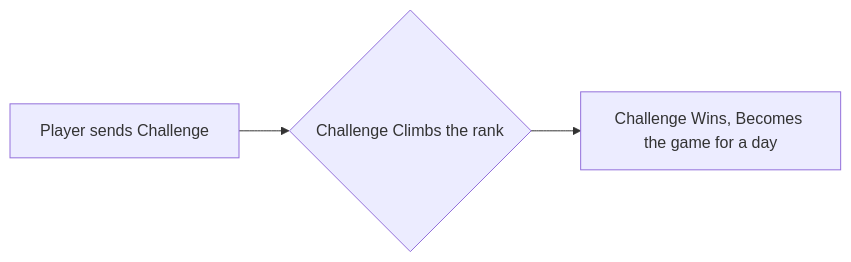
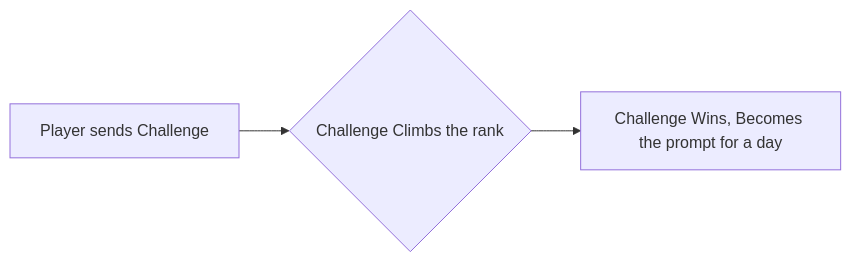
One commit to OnChainSurvivor/OnChainSurvivor changed the second of 6 diagrams in README.md. Above: the diagram before and after it, drawn with Mermaid.

Commit message:
changes in docs

````diff
--- a/README.md
+++ b/README.md
@@ -25,5 +25,5 @@
 ```mermaid
 flowchart LR
     X[Player sends Challenge] --> Y{Challenge Climbs the rank}
-    Y --> Z[Challenge Wins, Becomes the game for a day]
+    Y --> Z[Challenge Wins, Becomes the prompt for a day]
 ```
````
